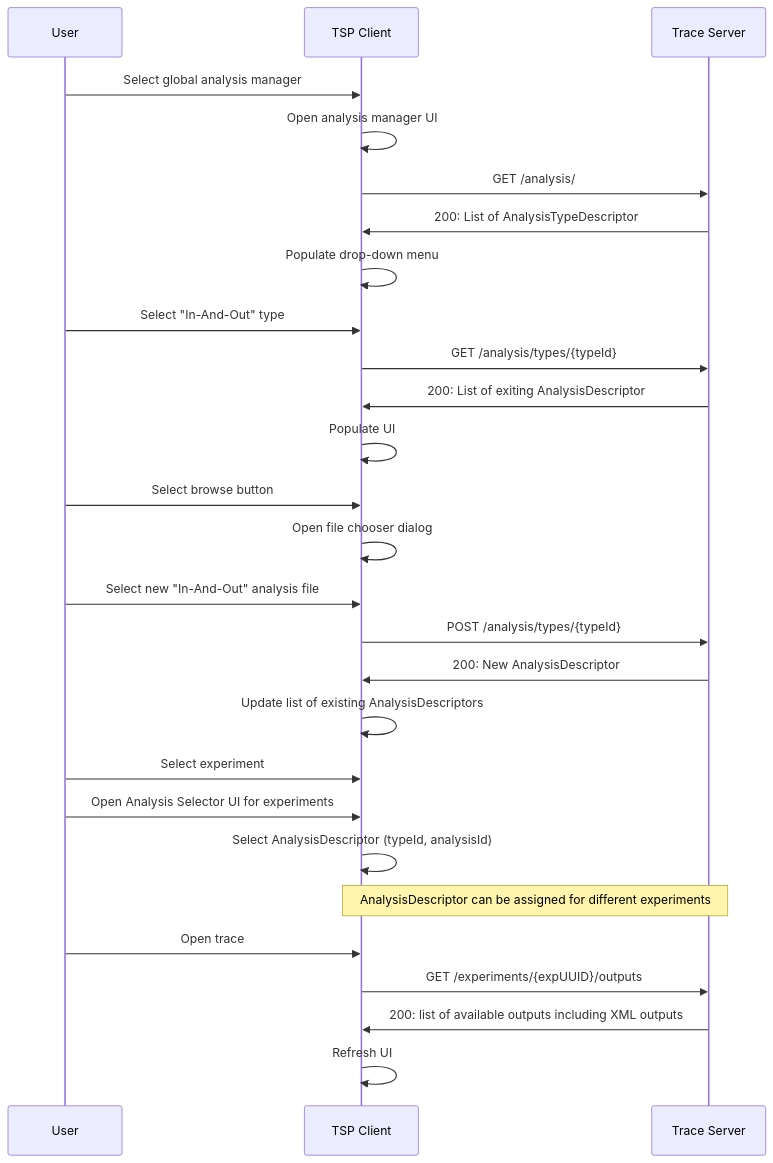
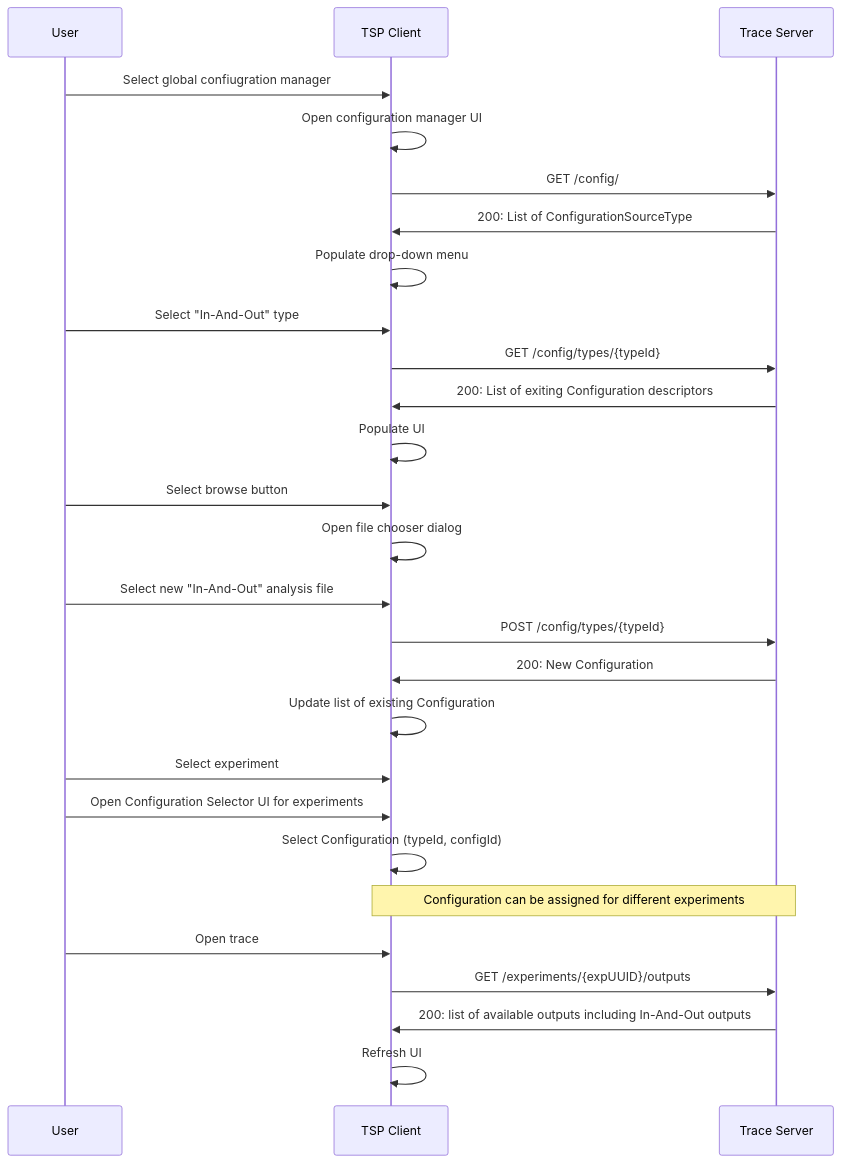
Before and after one commit to eclipse-cdt-cloud/theia-trace-extension: the fourth of 5 diagrams in doc/adr/0011-tsp-analysis-api.md, drawn with Mermaid. The commit also changed other lines of this file, not shown here.

First line of the commit message:
ADR: Generalize analysis-api ADR towards other configurations

````diff
--- a/doc/adr/0011-tsp-analysis-api.md
+++ b/doc/adr/0011-tsp-analysis-api.md
@@ -179,29 +179,29 @@
 ```mermaid
 sequenceDiagram
     participant user as User
     participant client as TSP Client
     participant server as Trace Server
-    user->>client: Select global analysis manager
-    client->>client: Open analysis manager UI
-    client->>server: GET /analysis/
-    server->>client: 200: List of AnalysisTypeDescriptor
+    user->>client: Select global confiugration manager
+    client->>client: Open configuration manager UI
+    client->>server: GET /config/
+    server->>client: 200: List of ConfigurationSourceType
     client->>client: Populate drop-down menu
     user->>client: Select "In-And-Out" type
-    client->>server: GET /analysis/types/{typeId}
-    server->>client: 200: List of exiting AnalysisDescriptor
+    client->>server: GET /config/types/{typeId}
+    server->>client: 200: List of exiting Configuration descriptors
     client->>client: Populate UI
     user->>client: Select browse button
     client->>client: Open file chooser dialog
     user->>client: Select new "In-And-Out" analysis file
-    client->>server: POST /analysis/types/{typeId}
-    server->>client: 200: New AnalysisDescriptor
-    client->>client: Update list of existing AnalysisDescriptors
+    client->>server: POST /config/types/{typeId}
+    server->>client: 200: New Configuration
+    client->>client: Update list of existing Configuration
     user->>client: Select experiment
-    user->>client: Open Analysis Selector UI for experiments
-    client->>client: Select AnalysisDescriptor (typeId, analysisId)
-    Note over client,server: AnalysisDescriptor can be assigned for different experiments
+    user->>client: Open Configuration Selector UI for experiments
+    client->>client: Select Configuration (typeId, configId)
+    Note over client,server: Configuration can be assigned for different experiments
     user->>client: Open trace
     client->>server: GET /experiments/{expUUID}/outputs
-    server->>client: 200: list of available outputs including XML outputs
+    server->>client: 200: list of available outputs including In-And-Out outputs
     client->>client: Refresh UI
 ```
````
